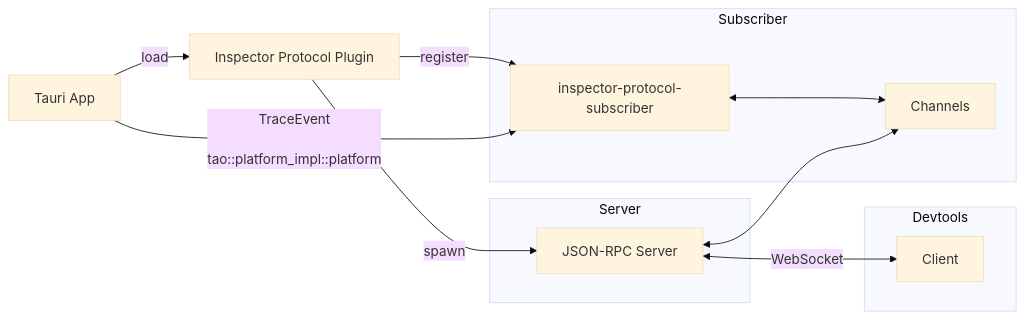
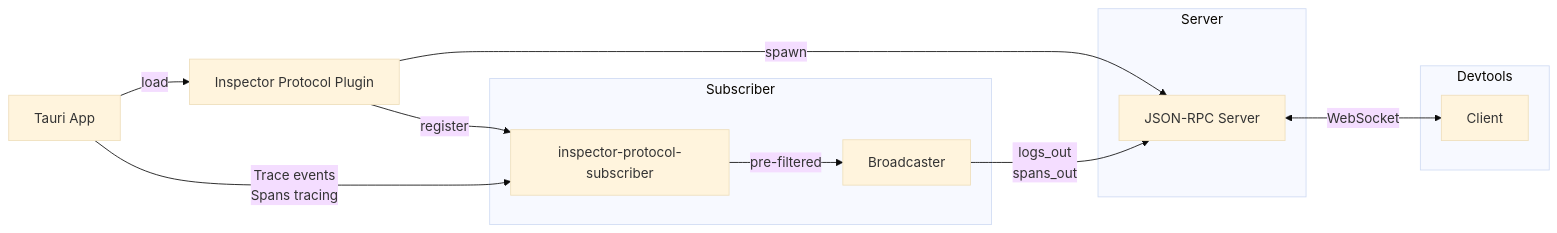
One commit to crabnebula-dev/devtools changed the diagram in ARCHITECTURE.md. Above: the diagram before and after it, drawn with Mermaid (base theme). The commit also changed other lines of this file, not shown here.

````diff
--- a/ARCHITECTURE.md
+++ b/ARCHITECTURE.md
@@ -51,26 +49,29 @@
 ```mermaid
 flowchart LR
     A[Tauri App]
     Pl[Inspector Protocol Plugin]
     subgraph Subscriber
     L[inspector-protocol-subscriber]
-    Ag[Channels]
+    B[Broadcaster]
     end
     subgraph Server
     S[JSON-RPC Server]
     end
     subgraph Devtools
     C[Client]
     end
 
     A -->|load| Pl
     Pl -->|register| L
-    L <--> Ag
+    L -->|pre-filtered| B
     Pl -->|spawn| S
     A -->|"
-        TraceEvent
-        tao::platform_impl::platform
+        Trace events
+        Spans tracing
     "| L
-    S <--> Ag
+    B -->|"
+        logs_out
+        spans_out
+    "| S
     S <-->|WebSocket| C
 ```
````
